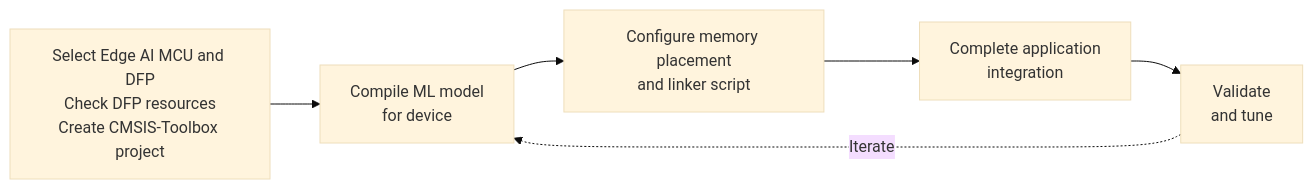
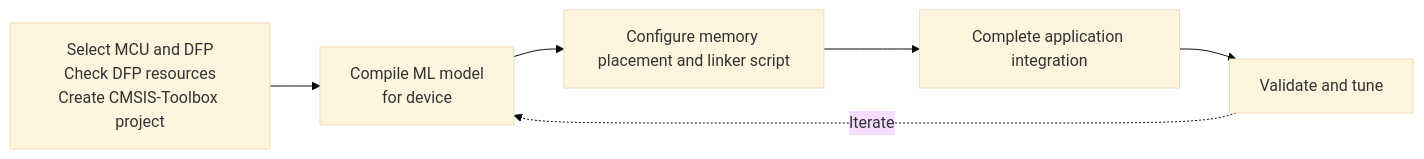
One commit to VladimirUmek/Ethos-U changed the first of 2 diagrams in documentation/doxygen/integration/src/main.md. Above: the diagram before and after it, drawn with Mermaid (base theme). The commit also changed other lines of this file and 2 other files, not shown here.

````diff
--- a/documentation/doxygen/integration/src/main.md
+++ b/documentation/doxygen/integration/src/main.md
@@ -47,8 +47,8 @@
 ```mermaid
 flowchart LR
-    setup["Select Edge AI MCU and DFP<br/>Check DFP resources<br/>Create CMSIS-Toolbox project"] --> compile["Compile ML model<br/>for device"]
-    compile --> configure["Configure memory placement<br/>and linker script"]
-    configure --> integrate["Complete application<br/>integration"]
-    integrate --> validate["Validate<br/>and tune"]
+    setup["Select MCU and DFP<br/>Check DFP resources<br/>Create CMSIS-Toolbox project"] --> compile["Compile ML model<br/>for device"]
+    compile --> configure["Configure memory placement and linker script"]
+    configure --> integrate["Complete application integration"]
+    integrate --> validate["Validate and tune"]
     validate -. Iterate .-> compile
 ```
````
